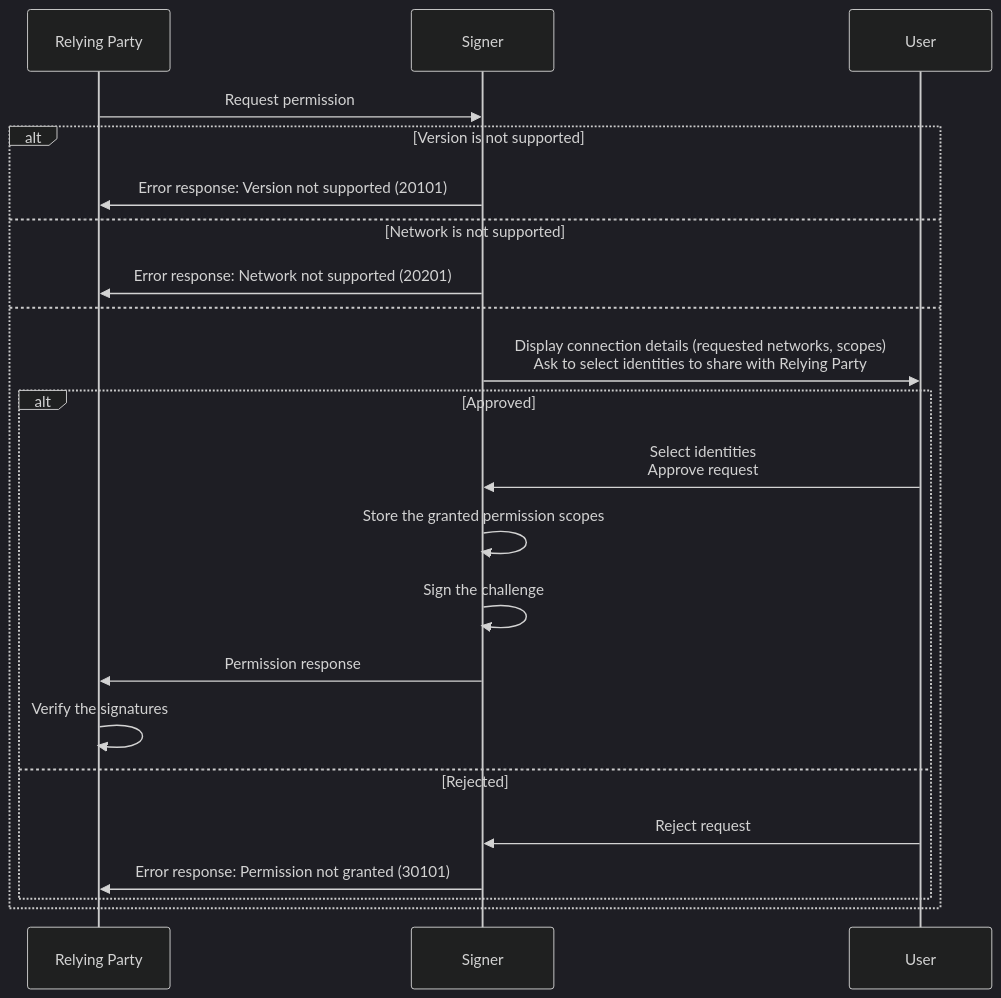
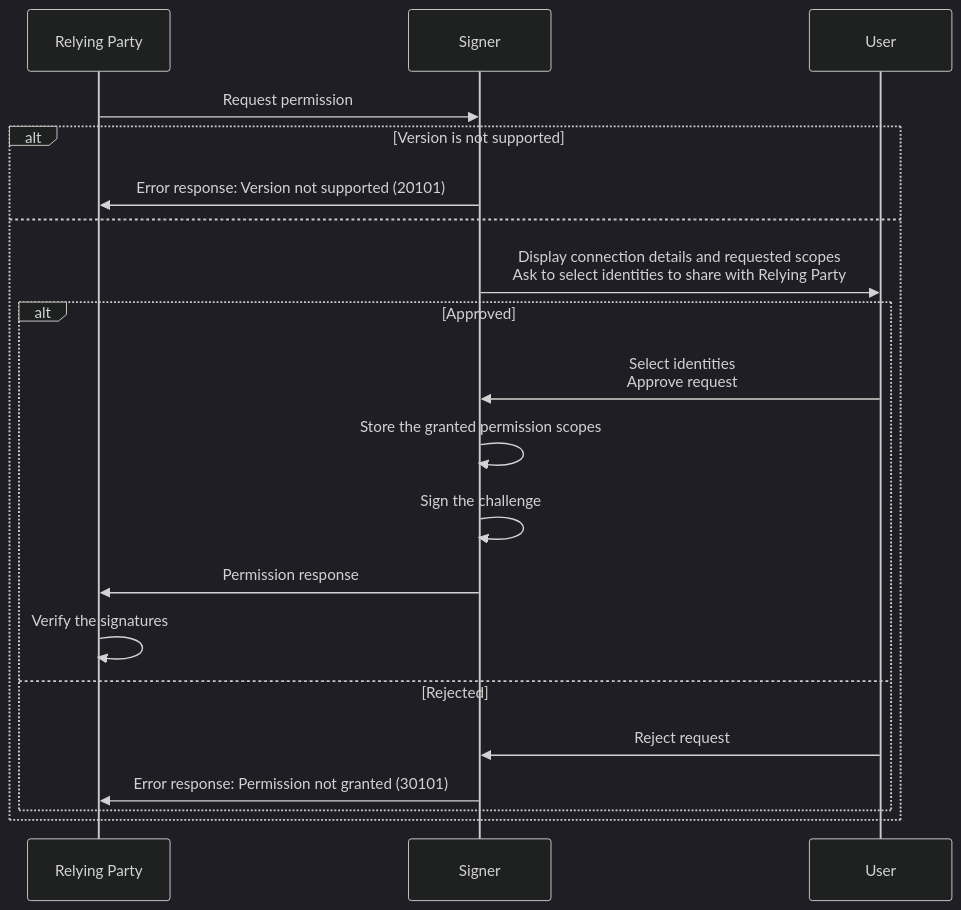
One commit to dfinity/wg-identity-authentication changed the first of 3 diagrams in topics/icrc_25_signer_interaction_standard.md. Above: the diagram before and after it, drawn with Mermaid (dark theme). The commit also changed other lines of this file, not shown here.

First line of the commit message:
ICRC-25: Remove network selection

````diff
--- a/topics/icrc_25_signer_interaction_standard.md
+++ b/topics/icrc_25_signer_interaction_standard.md
@@ -99,25 +87,23 @@
 ```mermaid
 sequenceDiagram
     participant RP as Relying Party
     participant S as Signer
     participant U as User
 
     RP ->> S: Request permission
     alt Version is not supported
         S ->> RP: Error response: Version not supported (20101)
-    else Network is not supported
-        S ->> RP: Error response: Network not supported (20201)
     else
-        S ->> U: Display connection details (requested networks, scopes)<br/> Ask to select identities to share with Relying Party
+        S ->> U: Display connection details and requested scopes<br/> Ask to select identities to share with Relying Party
         alt Approved
             U ->> S: Select identities<br/>Approve request
             S ->> S: Store the granted permission scopes
             S ->> S: Sign the challenge
             S ->> RP: Permission response
             RP ->> RP: Verify the signatures
         else Rejected
             U ->> S: Reject request
             S ->> RP: Error response: Permission not granted (30101)
         end
     end
 ```
````
